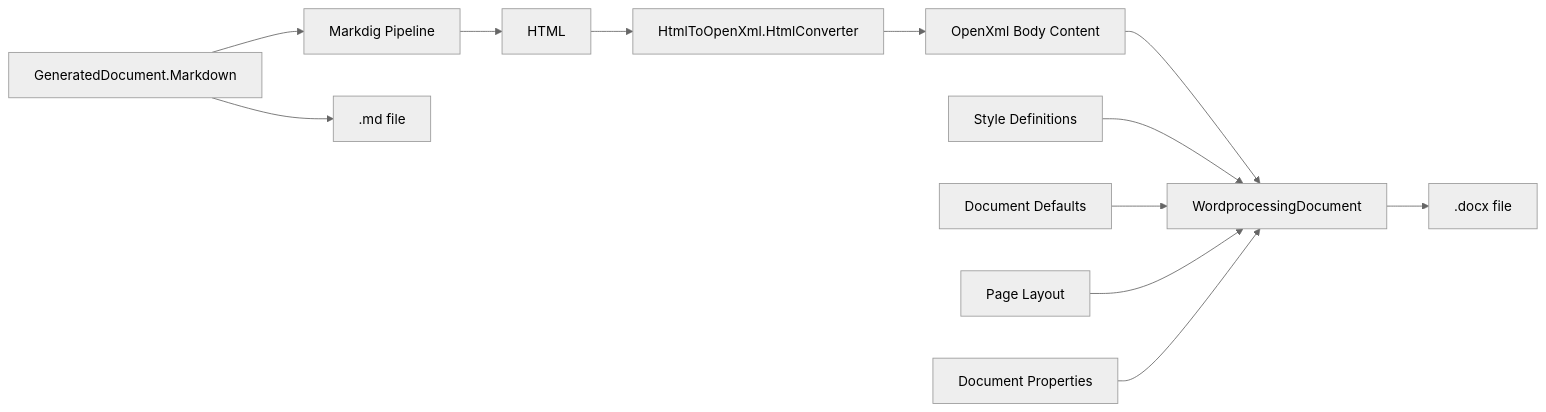
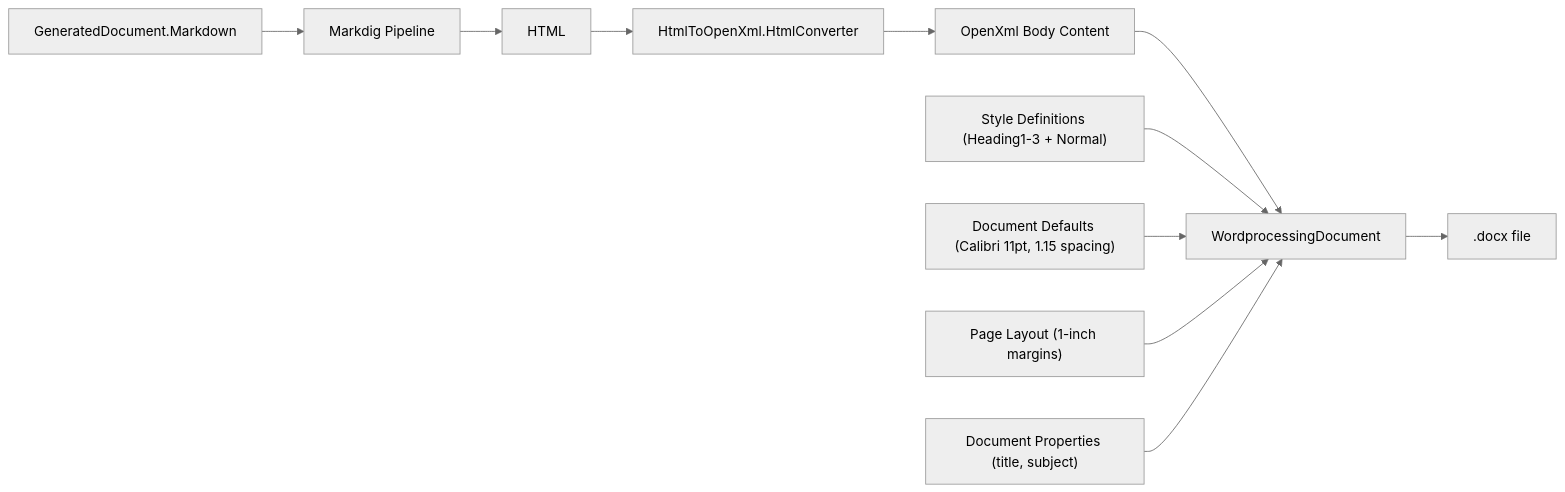
Diagram 18 of 20 in docs/details.md (hennie42/li-jobber), drawn with Mermaid (neutral theme) before and after one commit. The commit also changed other lines of this file and 1 other file, not shown here.

````diff
--- a/docs/details.md
+++ b/docs/details.md
@@ -423,14 +867,13 @@
 ```mermaid
 graph LR
     A[GeneratedDocument.Markdown] --> B[Markdig Pipeline]
     B --> C[HTML]
     C --> D[HtmlToOpenXml.HtmlConverter]
     D --> E[OpenXml Body Content]
     E --> F[WordprocessingDocument]
-    G[Style Definitions] --> F
-    H[Document Defaults] --> F
-    I[Page Layout] --> F
-    J[Document Properties] --> F
+    G["Style Definitions (Heading1-3 + Normal)"] --> F
+    H["Document Defaults (Calibri 11pt, 1.15 spacing)"] --> F
+    I["Page Layout (1-inch margins)"] --> F
+    J["Document Properties (title, subject)"] --> F
     F --> K[".docx file"]
-    A --> L[".md file"]
 ```
````
